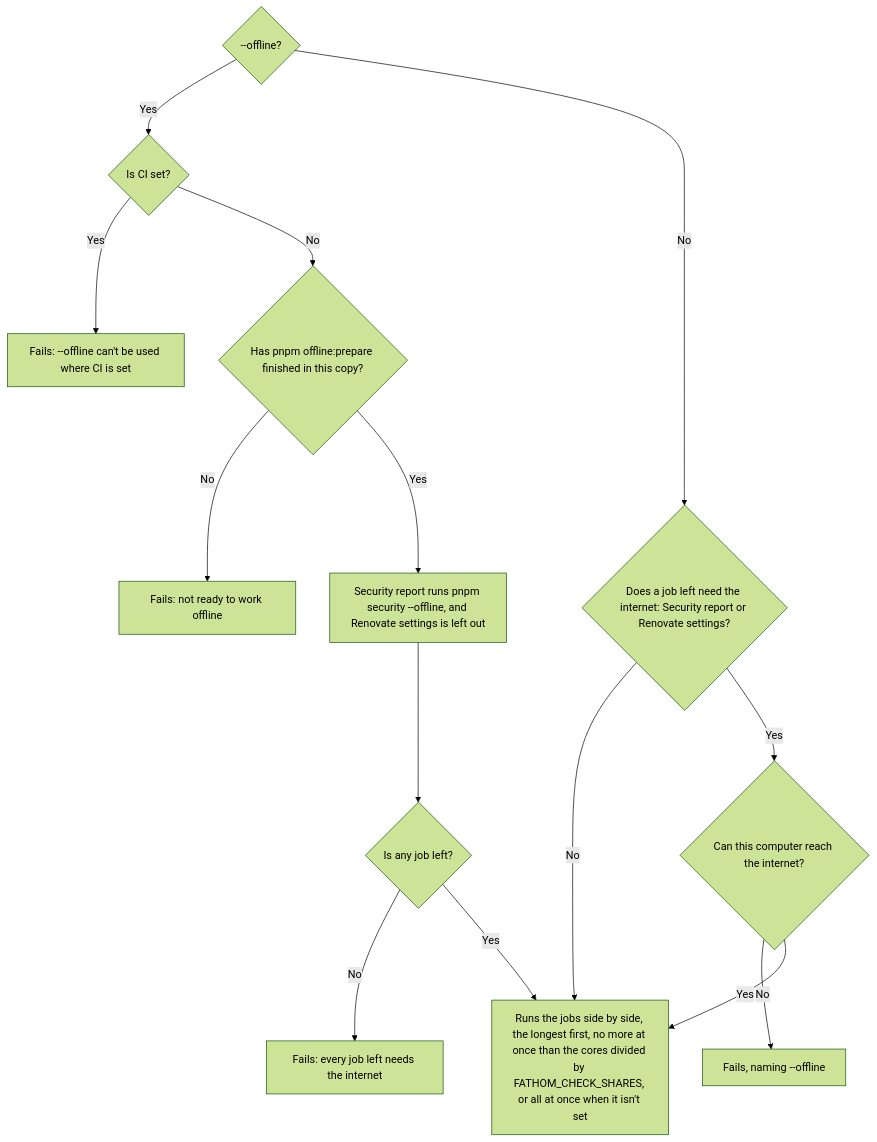
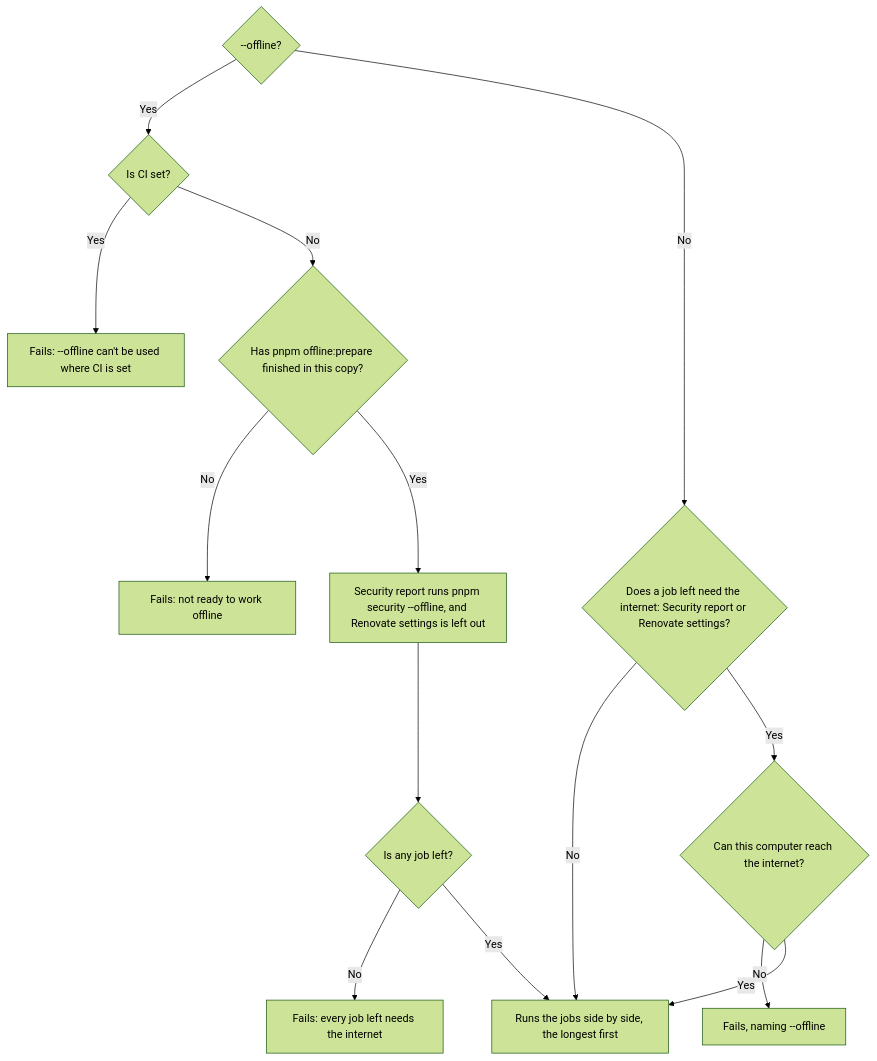
The fifth of 11 diagrams in docs/design/checks-and-ci.md (ribbitworks/fathom), drawn with Mermaid (forest theme) before and after one commit. The commit also changed other lines of this file and 1 other file, not shown here.

````diff
--- a/docs/design/checks-and-ci.md
+++ b/docs/design/checks-and-ci.md
@@ -124,17 +120,17 @@
 ```mermaid
 flowchart TD
     Offline{"--offline?"}
     Offline -- Yes --> OfflineInCi{"Is CI set?"}
     OfflineInCi -- Yes --> OfflineRefused["Fails: --offline can't be used where CI is set"]
     OfflineInCi -- No --> Prepared{"Has pnpm offline:prepare finished in this copy?"}
     Prepared -- No --> NotPrepared["Fails: not ready to work offline"]
     Prepared -- Yes --> OfflineJobs["Security report runs pnpm security --offline, and Renovate settings is left out"]
     OfflineJobs --> AnyLeft{"Is any job left?"}
     AnyLeft -- No --> NothingLeft["Fails: every job left needs the internet"]
     Offline -- No --> NeedsInternet{"Does a job left need the internet: Security report or Renovate settings?"}
     NeedsInternet -- No --> Run
     NeedsInternet -- Yes --> Connected{"Can this computer reach the internet?"}
     Connected -- No --> NoConnection["Fails, naming --offline"]
     Connected -- Yes --> Run
-    AnyLeft -- Yes --> Run["Runs the jobs side by side, the longest first, no more at once than the cores divided by FATHOM_CHECK_SHARES, or all at once when it isn't set"]
+    AnyLeft -- Yes --> Run["Runs the jobs side by side, the longest first"]
 ```
````
